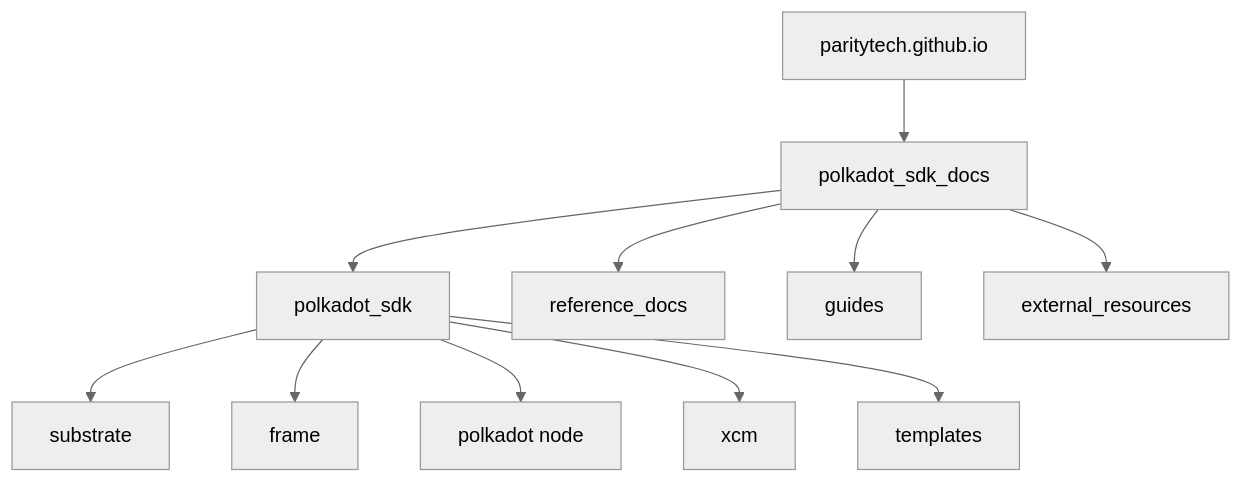
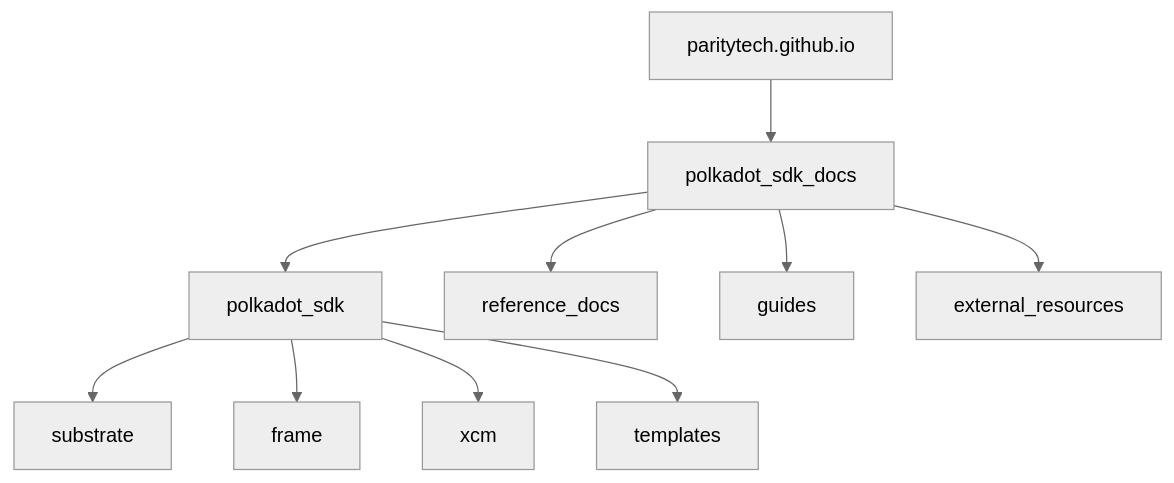
One commit to paritytech/polkadot-sdk changed the diagram in docs/mermaid/IA.mmd. Above: the diagram before and after it, drawn with Mermaid (neutral theme). The commit also changed 1 other file, not shown here.

```diff
--- a/docs/mermaid/IA.mmd
+++ b/docs/mermaid/IA.mmd
@@ -1,13 +1,12 @@
 flowchart
     parity[paritytech.github.io] --> devhub[polkadot_sdk_docs]
 
     devhub --> polkadot_sdk
     devhub --> reference_docs
     devhub --> guides
 	devhub --> external_resources
 
     polkadot_sdk --> substrate
     polkadot_sdk --> frame
-    polkadot_sdk --> polkadot[polkadot node]
     polkadot_sdk --> xcm
 	polkadot_sdk --> templates
```
